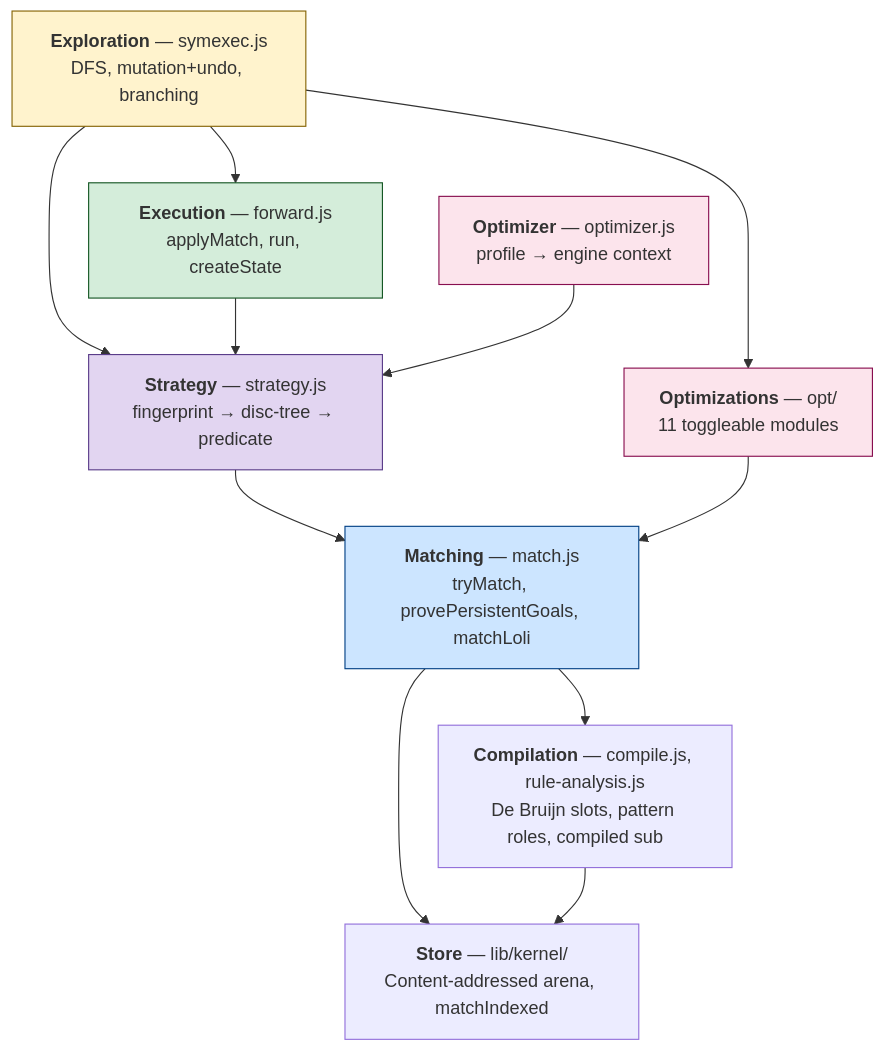
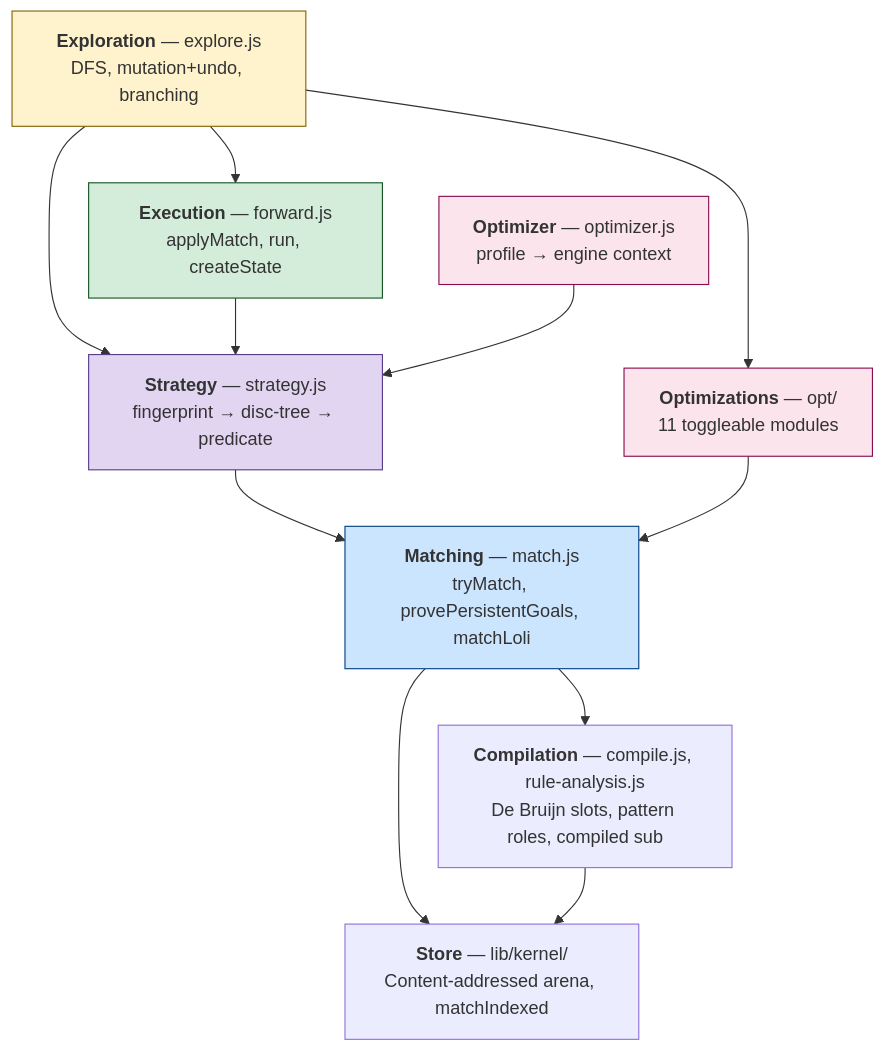
One commit to mhhf/calc changed the second of 2 diagrams in doc/documentation/architecture.md. Above: the diagram before and after it, drawn with Mermaid. The commit also changed other lines of this file and 10 other files, not shown here.

````diff
--- a/doc/documentation/architecture.md
+++ b/doc/documentation/architecture.md
@@ -224,29 +224,29 @@
 ```mermaid
 graph TB
-    EXP["<b>Exploration</b> — symexec.js<br/>DFS, mutation+undo, branching"]
+    EXP["<b>Exploration</b> — explore.js<br/>DFS, mutation+undo, branching"]
     EXEC["<b>Execution</b> — forward.js<br/>applyMatch, run, createState"]
     STRAT["<b>Strategy</b> — strategy.js<br/>fingerprint → disc-tree → predicate"]
     MAT["<b>Matching</b> — match.js<br/>tryMatch, provePersistentGoals, matchLoli"]
     OPT["<b>Optimizations</b> — opt/<br/>11 toggleable modules"]
     OPTIM["<b>Optimizer</b> — optimizer.js<br/>profile → engine context"]
     COMP["<b>Compilation</b> — compile.js, rule-analysis.js<br/>De Bruijn slots, pattern roles, compiled sub"]
     STO["<b>Store</b> — lib/kernel/<br/>Content-addressed arena, matchIndexed"]
 
     EXP --> EXEC
     EXP --> STRAT
     EXP --> OPT
     EXEC --> STRAT
     STRAT --> MAT
     MAT --> COMP
     MAT --> STO
     COMP --> STO
     OPTIM --> STRAT
     OPT --> MAT
 
     style MAT fill:#cce5ff,stroke:#004085
     style STRAT fill:#e2d5f1,stroke:#5a3d8a
     style EXEC fill:#d4edda,stroke:#155724
     style EXP fill:#fff3cd,stroke:#856404
     style OPT fill:#fce4ec,stroke:#880e4f
     style OPTIM fill:#fce4ec,stroke:#880e4f
 ```
````
